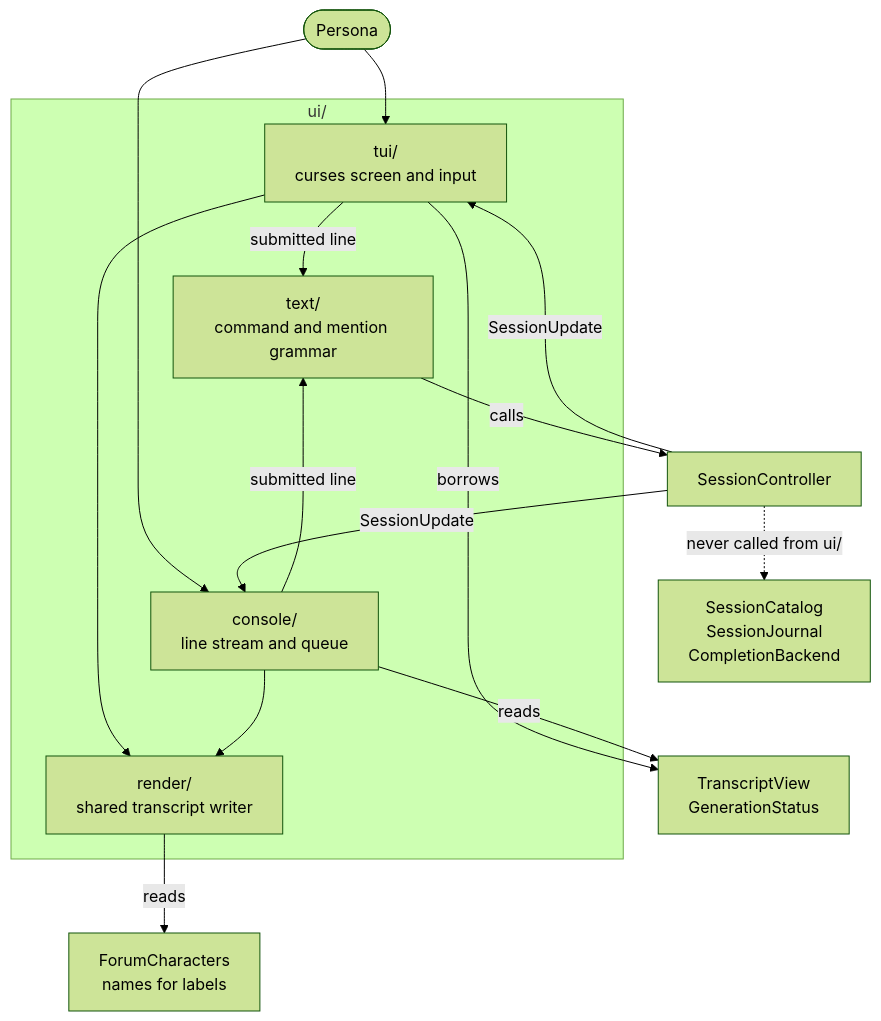
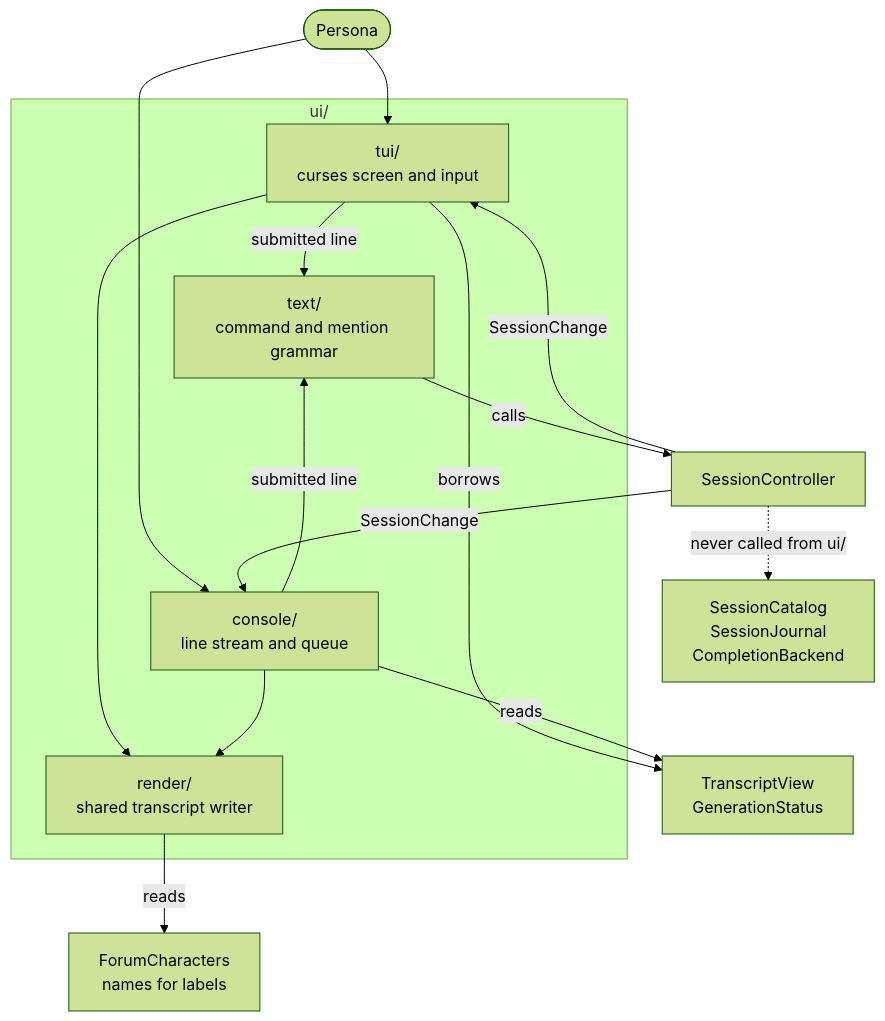
Before and after one commit to michaelpopov/cha: the diagram in src/ui/README.md, drawn with Mermaid (forest theme). The commit also changed other lines of this file and 9 other files, not shown here.

````diff
--- a/src/ui/README.md
+++ b/src/ui/README.md
@@ -28,24 +28,24 @@
 ```mermaid
 flowchart TD
     subgraph ui["ui/"]
         tui["tui/<br/>curses screen and input"]
         console["console/<br/>line stream and queue"]
         render["render/<br/>shared transcript writer"]
         txt["text/<br/>command and mention grammar"]
     end
 
     persona(["Persona"]) --> tui
     persona --> console
     tui --> render
     console --> render
     tui -->|"submitted line"| txt
     console -->|"submitted line"| txt
     txt -->|"calls"| controller["SessionController"]
-    controller -->|"SessionUpdate"| tui
-    controller -->|"SessionUpdate"| console
+    controller -->|"SessionChange"| tui
+    controller -->|"SessionChange"| console
     tui -->|"borrows"| convo["TranscriptView<br/>GenerationStatus"]
     console -->|"reads"| convo
     render -->|"reads"| characters["ForumCharacters<br/>names for labels"]
 
     controller -.->|"never called from ui/"| store["SessionCatalog<br/>SessionJournal<br/>CompletionBackend"]
 ```
````
